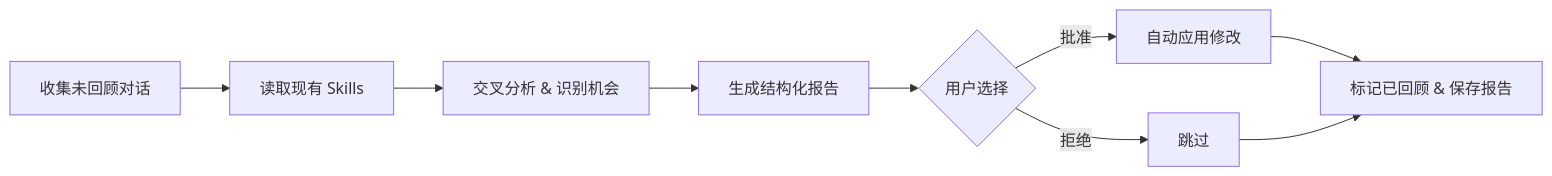
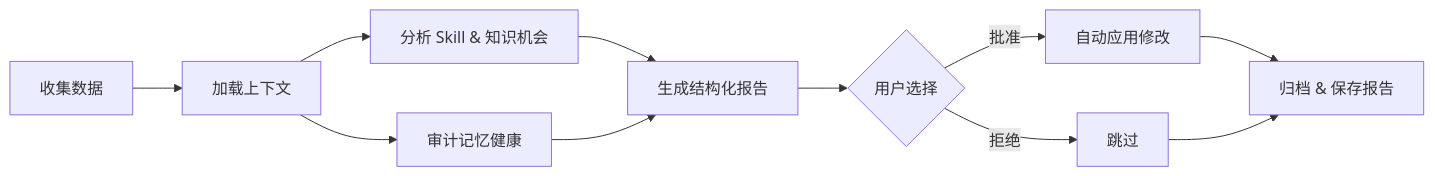
One commit to JackySummerfield/copilot-self-improving changed the diagram in README.md. Above: the diagram before and after it, drawn with Mermaid. The commit also changed other lines of this file and 6 other files, not shown here.

````diff
--- a/README.md
+++ b/README.md
@@ -71,11 +73,13 @@
 ```mermaid
 graph LR
-    A[收集未回顾对话] --> B[读取现有 Skills]
-    B --> C[交叉分析 & 识别机会]
-    C --> D[生成结构化报告]
-    D --> E{用户选择}
-    E -->|批准| F[自动应用修改]
-    E -->|拒绝| G[跳过]
-    F --> H[标记已回顾 & 保存报告]
-    G --> H
+    A[收集数据] --> B[加载上下文]
+    B --> C[分析 Skill & 知识机会]
+    B --> D[审计记忆健康]
+    C --> E[生成结构化报告]
+    D --> E
+    E --> F{用户选择}
+    F -->|批准| G[自动应用修改]
+    F -->|拒绝| H[跳过]
+    G --> I[归档 & 保存报告]
+    H --> I
 ```
````
